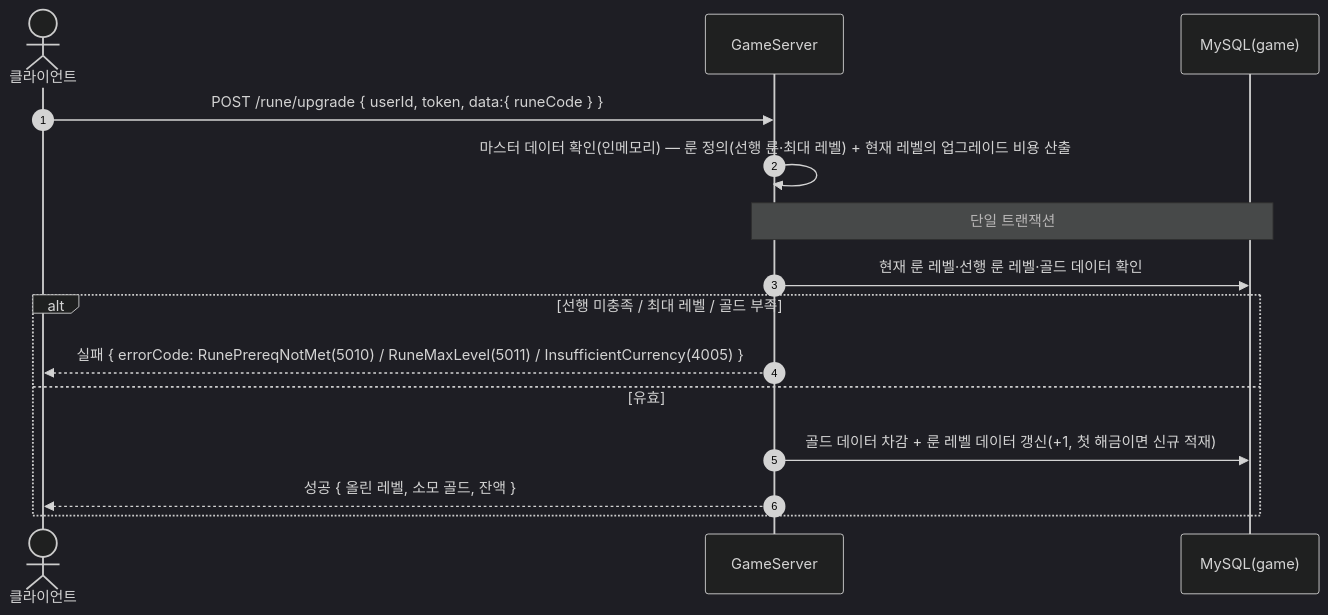
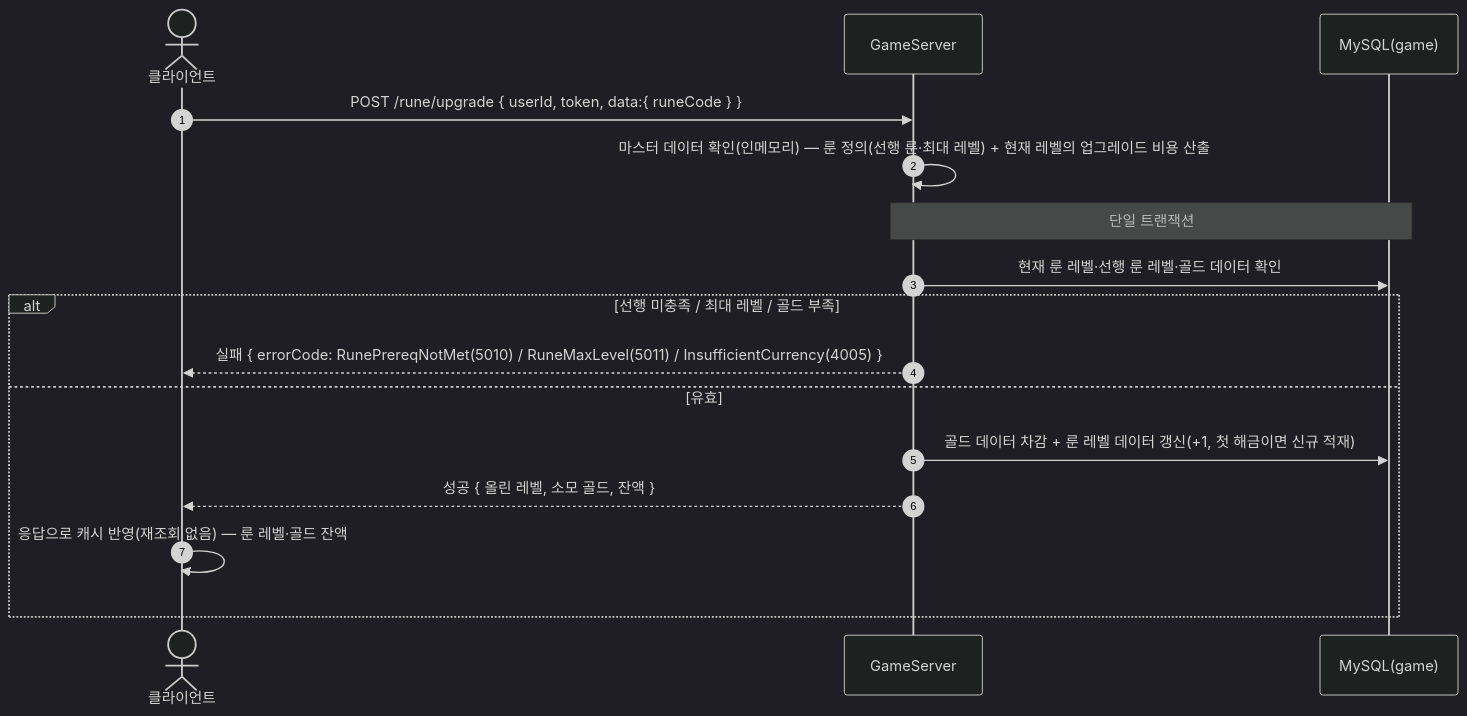
Diagram 24 of 35 in SequenceDiagram/README.md (ks-wook/com2us-taskbar-hero), drawn with Mermaid (dark theme) before and after one commit. The commit also changed other lines of this file and 13 other files, not shown here.

````diff
--- a/SequenceDiagram/README.md
+++ b/SequenceDiagram/README.md
@@ -717,18 +761,19 @@
 ```mermaid
 sequenceDiagram
     autonumber
     actor C as 클라이언트
     participant S as GameServer
     participant DB as MySQL(game)
 
     C->>S: POST /rune/upgrade { userId, token, data:{ runeCode } }
     S->>S: 마스터 데이터 확인(인메모리) — 룬 정의(선행 룬·최대 레벨) + 현재 레벨의 업그레이드 비용 산출
     Note over S,DB: 단일 트랜잭션
     S->>DB: 현재 룬 레벨·선행 룬 레벨·골드 데이터 확인
     alt 선행 미충족 / 최대 레벨 / 골드 부족
         S-->>C: 실패 { errorCode: RunePrereqNotMet(5010) / RuneMaxLevel(5011) / InsufficientCurrency(4005) }
     else 유효
         S->>DB: 골드 데이터 차감 + 룬 레벨 데이터 갱신(+1, 첫 해금이면 신규 적재)
         S-->>C: 성공 { 올린 레벨, 소모 골드, 잔액 }
+        C->>C: 응답으로 캐시 반영(재조회 없음) — 룬 레벨·골드 잔액
     end
 ```
````
